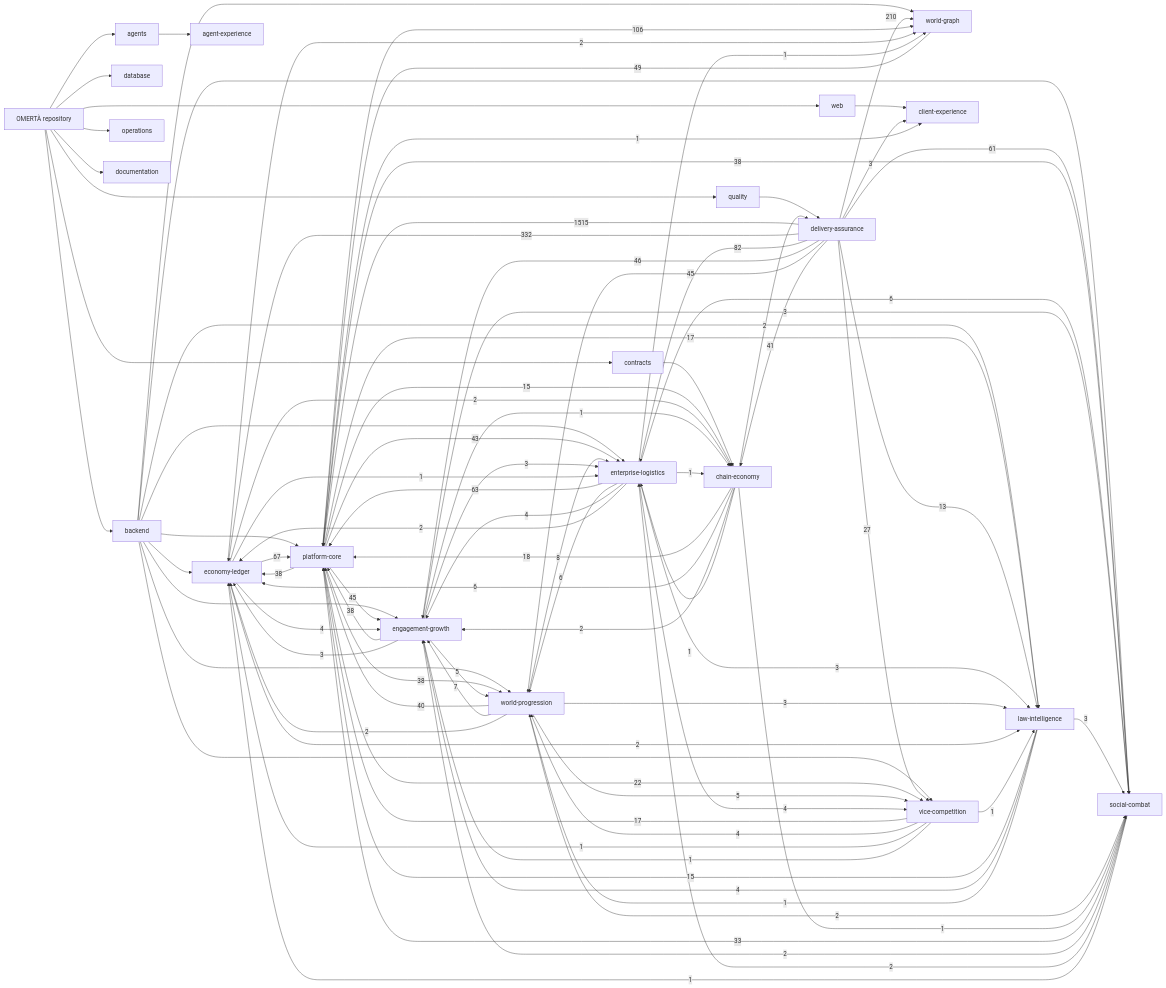
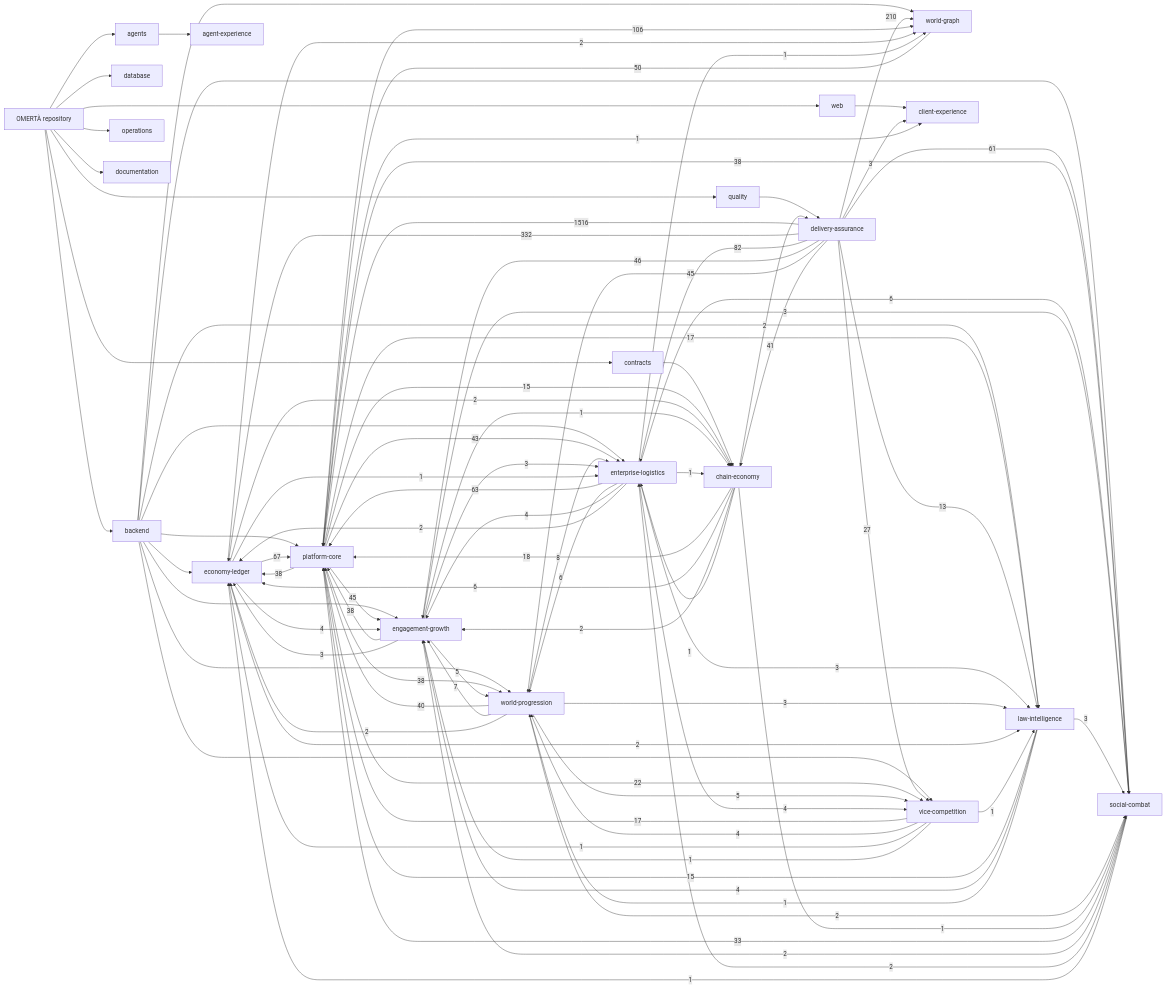
The diagram in knowledge/generated/graph.mmd (OmertaDev/Omerta), drawn with Mermaid before and after one commit. The commit also changed 7 other files, not shown here.

```diff
--- a/knowledge/generated/graph.mmd
+++ b/knowledge/generated/graph.mmd
@@ -1,113 +1,113 @@
 flowchart LR
   repo["OMERTÀ repository"]
   sub_backend["backend"]
   repo --> sub_backend
   sub_database["database"]
   repo --> sub_database
   sub_web["web"]
   repo --> sub_web
   sub_contracts["contracts"]
   repo --> sub_contracts
   sub_agents["agents"]
   repo --> sub_agents
   sub_quality["quality"]
   repo --> sub_quality
   sub_operations["operations"]
   repo --> sub_operations
   sub_documentation["documentation"]
   repo --> sub_documentation
   dom_platform-core["platform-core"]
   dom_economy-ledger["economy-ledger"]
   dom_social-combat["social-combat"]
   dom_world-progression["world-progression"]
   dom_world-graph["world-graph"]
   dom_enterprise-logistics["enterprise-logistics"]
   dom_vice-competition["vice-competition"]
   dom_law-intelligence["law-intelligence"]
   dom_chain-economy["chain-economy"]
   dom_engagement-growth["engagement-growth"]
   dom_client-experience["client-experience"]
   dom_agent-experience["agent-experience"]
   dom_delivery-assurance["delivery-assurance"]
   sub_agents --> dom_agent-experience
   sub_backend --> dom_economy-ledger
   sub_backend --> dom_engagement-growth
   sub_backend --> dom_enterprise-logistics
   sub_backend --> dom_law-intelligence
   sub_backend --> dom_platform-core
   sub_backend --> dom_social-combat
   sub_backend --> dom_vice-competition
   sub_backend --> dom_world-graph
   sub_backend --> dom_world-progression
   sub_contracts --> dom_chain-economy
   sub_quality --> dom_delivery-assurance
   sub_web --> dom_client-experience
-  dom_delivery-assurance -->|1515| dom_platform-core
+  dom_delivery-assurance -->|1516| dom_platform-core
   dom_delivery-assurance -->|332| dom_economy-ledger
   dom_delivery-assurance -->|210| dom_world-graph
   dom_platform-core -->|106| dom_world-graph
   dom_delivery-assurance -->|82| dom_enterprise-logistics
   dom_economy-ledger -->|67| dom_platform-core
   dom_enterprise-logistics -->|63| dom_platform-core
   dom_delivery-assurance -->|61| dom_social-combat
-  dom_world-graph -->|49| dom_platform-core
+  dom_world-graph -->|50| dom_platform-core
   dom_delivery-assurance -->|46| dom_engagement-growth
   dom_delivery-assurance -->|45| dom_world-progression
   dom_platform-core -->|45| dom_engagement-growth
   dom_platform-core -->|43| dom_enterprise-logistics
   dom_delivery-assurance -->|41| dom_chain-economy
   dom_world-progression -->|40| dom_platform-core
   dom_engagement-growth -->|38| dom_platform-core
   dom_platform-core -->|38| dom_economy-ledger
   dom_platform-core -->|38| dom_social-combat
   dom_platform-core -->|38| dom_world-progression
   dom_social-combat -->|33| dom_platform-core
   dom_delivery-assurance -->|27| dom_vice-competition
   dom_platform-core -->|22| dom_vice-competition
   dom_chain-economy -->|18| dom_platform-core
   dom_platform-core -->|17| dom_law-intelligence
   dom_vice-competition -->|17| dom_platform-core
   dom_law-intelligence -->|15| dom_platform-core
   dom_platform-core -->|15| dom_chain-economy
   dom_delivery-assurance -->|13| dom_law-intelligence
   dom_world-progression -->|8| dom_enterprise-logistics
   dom_world-progression -->|7| dom_engagement-growth
   dom_chain-economy -->|6| dom_economy-ledger
   dom_enterprise-logistics -->|6| dom_social-combat
   dom_enterprise-logistics -->|6| dom_world-progression
   dom_engagement-growth -->|5| dom_world-progression
   dom_world-progression -->|5| dom_vice-competition
   dom_economy-ledger -->|4| dom_engagement-growth
   dom_enterprise-logistics -->|4| dom_engagement-growth
   dom_enterprise-logistics -->|4| dom_vice-competition
   dom_law-intelligence -->|4| dom_engagement-growth
   dom_vice-competition -->|4| dom_world-progression
   dom_delivery-assurance -->|3| dom_client-experience
   dom_engagement-growth -->|3| dom_economy-ledger
   dom_engagement-growth -->|3| dom_enterprise-logistics
   dom_engagement-growth -->|3| dom_social-combat
   dom_enterprise-logistics -->|3| dom_law-intelligence
   dom_law-intelligence -->|3| dom_social-combat
   dom_world-progression -->|3| dom_law-intelligence
   dom_chain-economy -->|2| dom_delivery-assurance
   dom_chain-economy -->|2| dom_engagement-growth
   dom_economy-ledger -->|2| dom_chain-economy
   dom_economy-ledger -->|2| dom_law-intelligence
   dom_economy-ledger -->|2| dom_world-graph
   dom_enterprise-logistics -->|2| dom_economy-ledger
   dom_social-combat -->|2| dom_engagement-growth
   dom_social-combat -->|2| dom_enterprise-logistics
   dom_world-progression -->|2| dom_economy-ledger
   dom_world-progression -->|2| dom_social-combat
   dom_chain-economy -->|1| dom_enterprise-logistics
   dom_chain-economy -->|1| dom_social-combat
   dom_economy-ledger -->|1| dom_enterprise-logistics
   dom_engagement-growth -->|1| dom_chain-economy
   dom_enterprise-logistics -->|1| dom_chain-economy
   dom_enterprise-logistics -->|1| dom_world-graph
   dom_law-intelligence -->|1| dom_world-progression
   dom_platform-core -->|1| dom_client-experience
   dom_social-combat -->|1| dom_economy-ledger
   dom_vice-competition -->|1| dom_economy-ledger
   dom_vice-competition -->|1| dom_engagement-growth
   dom_vice-competition -->|1| dom_law-intelligence
```
